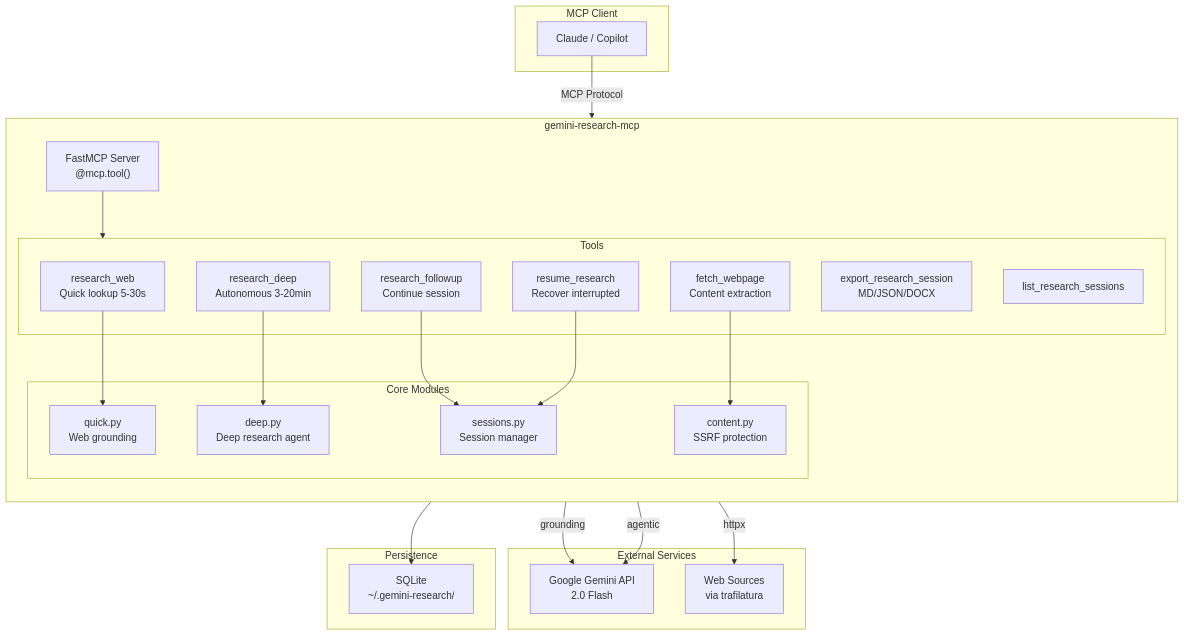
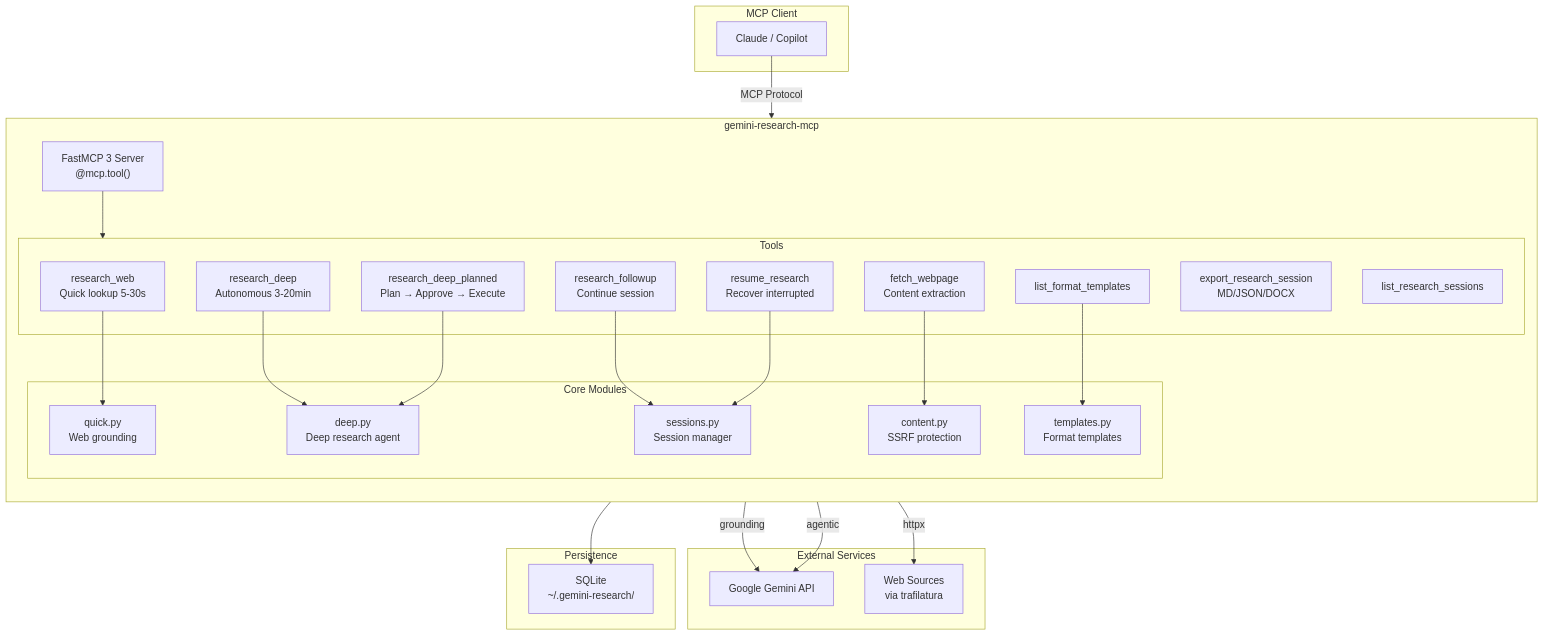
Before and after one commit to machinemates-ai/gemini-research-mcp: the diagram in docs/architecture.mmd, drawn with Mermaid. The commit also changed 12 other files, not shown here.

First line of the commit message:
feat: migrate to FastMCP 3 with background task support (#15)

```diff
--- a/docs/architecture.mmd
+++ b/docs/architecture.mmd
@@ -1,49 +1,54 @@
 flowchart TB
     subgraph Client["MCP Client"]
         Claude["Claude / Copilot"]
     end
 
     subgraph Server["gemini-research-mcp"]
         direction TB
-        FastMCP["FastMCP Server<br/>@mcp.tool()"]
+        FastMCP["FastMCP 3 Server<br/>@mcp.tool()"]
         
         subgraph Tools["Tools"]
             RW["research_web<br/>Quick lookup 5-30s"]
             RD["research_deep<br/>Autonomous 3-20min"]
+            RDP["research_deep_planned<br/>Plan → Approve → Execute"]
             RF["research_followup<br/>Continue session"]
             RR["resume_research<br/>Recover interrupted"]
             FW["fetch_webpage<br/>Content extraction"]
             EX["export_research_session<br/>MD/JSON/DOCX"]
             LS["list_research_sessions"]
+            LT["list_format_templates"]
         end
 
         subgraph Modules["Core Modules"]
             Quick["quick.py<br/>Web grounding"]
             Deep["deep.py<br/>Deep research agent"]
             Content["content.py<br/>SSRF protection"]
             Sessions["sessions.py<br/>Session manager"]
+            Templates["templates.py<br/>Format templates"]
         end
     end
 
     subgraph External["External Services"]
-        Gemini["Google Gemini API<br/>2.0 Flash"]
+        Gemini["Google Gemini API"]
         Web["Web Sources<br/>via trafilatura"]
     end
 
     subgraph Storage["Persistence"]
         SQLite["SQLite<br/>~/.gemini-research/"]
     end
 
     Claude -->|"MCP Protocol"| FastMCP
     FastMCP --> Tools
     
     RW --> Quick
     RD --> Deep
+    RDP --> Deep
     RF --> Sessions
     RR --> Sessions
     FW --> Content
+    LT --> Templates
     
     Quick -->|"grounding"| Gemini
     Deep -->|"agentic"| Gemini
     Content -->|"httpx"| Web
     Sessions --> SQLite
```
